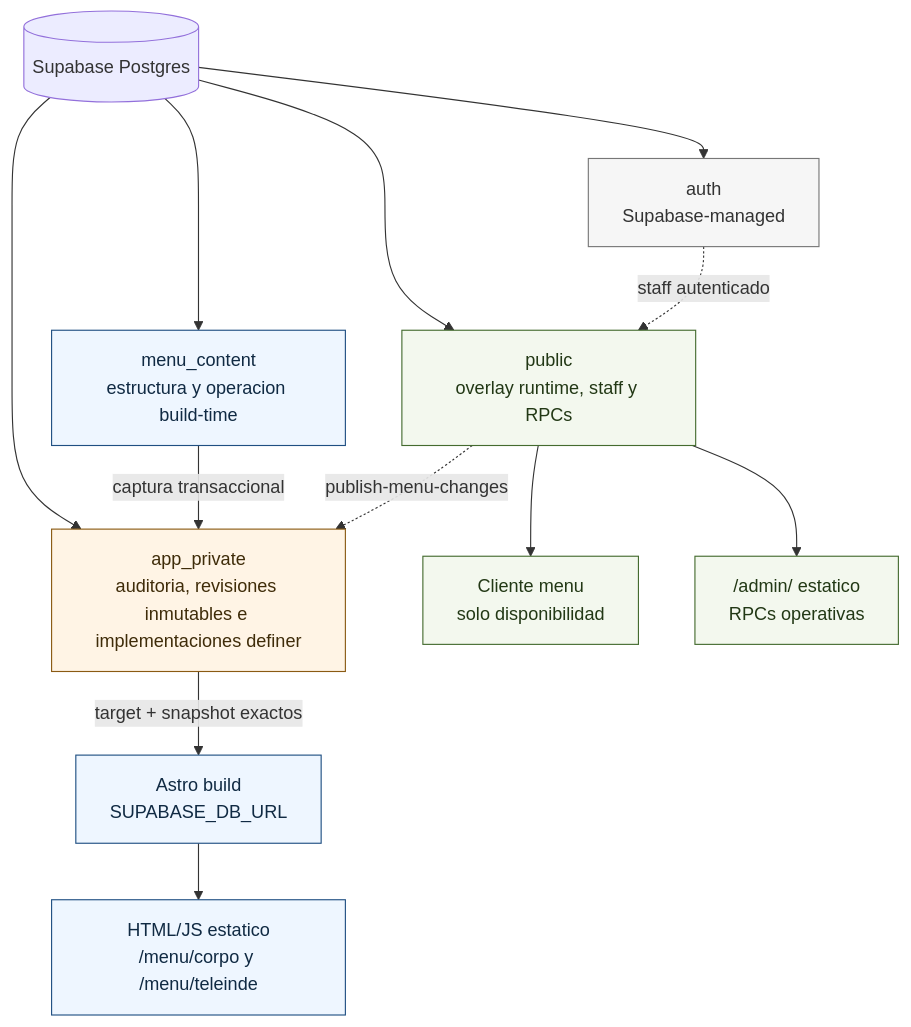
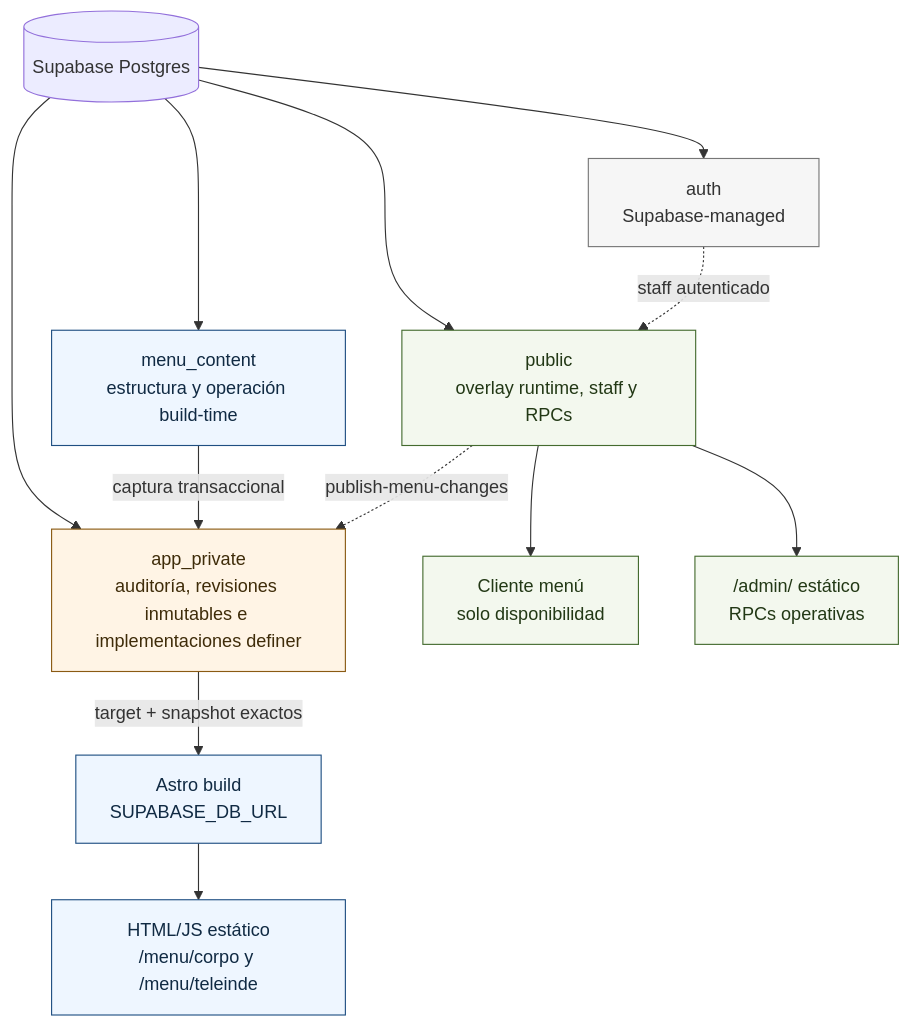
The first of 3 diagrams in docs/supabase/schema-diagram.md (maxuloveee-creator/ElFaraonCatering), drawn with Mermaid before and after one commit. The commit also changed other lines of this file and 7 other files, not shown here.

````diff
--- a/docs/supabase/schema-diagram.md
+++ b/docs/supabase/schema-diagram.md
@@ -17,27 +17,27 @@
 ```mermaid
 flowchart TD
   DB[(Supabase Postgres)]
 
-  DB --> MC["menu_content<br/>estructura y operacion build-time"]
+  DB --> MC["menu_content<br/>estructura y operación build-time"]
   DB --> PUB["public<br/>overlay runtime, staff y RPCs"]
-  DB --> PRIV["app_private<br/>auditoria, revisiones inmutables e implementaciones definer"]
+  DB --> PRIV["app_private<br/>auditoría, revisiones inmutables e implementaciones definer"]
   DB --> AUTH["auth<br/>Supabase-managed"]
 
   MC -->|"captura transaccional"| PRIV
   PRIV -->|"target + snapshot exactos"| BUILD["Astro build<br/>SUPABASE_DB_URL"]
-  BUILD --> STATIC["HTML/JS estatico<br/>/menu/corpo y /menu/teleinde"]
-  PUB --> MENU_CLIENT["Cliente menu<br/>solo disponibilidad"]
-  PUB --> ADMIN_CLIENT["/admin/ estatico<br/>RPCs operativas"]
+  BUILD --> STATIC["HTML/JS estático<br/>/menu/corpo y /menu/teleinde"]
+  PUB --> MENU_CLIENT["Cliente menú<br/>solo disponibilidad"]
+  PUB --> ADMIN_CLIENT["/admin/ estático<br/>RPCs operativas"]
   AUTH -. "staff autenticado" .-> PUB
   PUB -. "publish-menu-changes" .-> PRIV
 
   classDef structural fill:#eef6ff,stroke:#1f4f82,color:#102a43;
   classDef runtime fill:#f3f8ee,stroke:#446b2f,color:#223815;
   classDef private fill:#fff4e5,stroke:#8a5a13,color:#3f2c09;
   classDef platform fill:#f6f6f6,stroke:#777,color:#333;
 
   class MC,BUILD,STATIC structural;
   class PUB,MENU_CLIENT,ADMIN_CLIENT runtime;
   class PRIV private;
   class AUTH platform;
 ```
````
